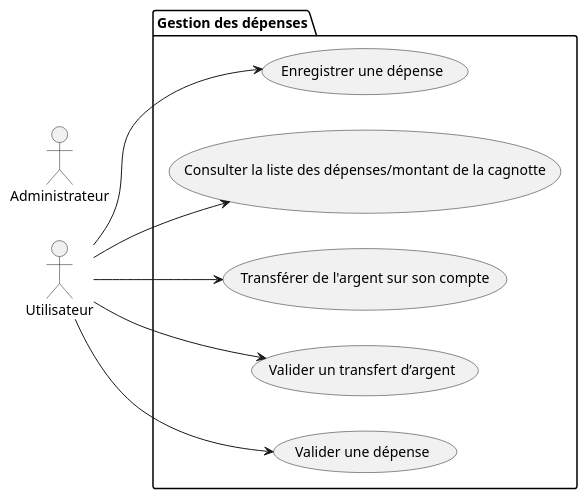
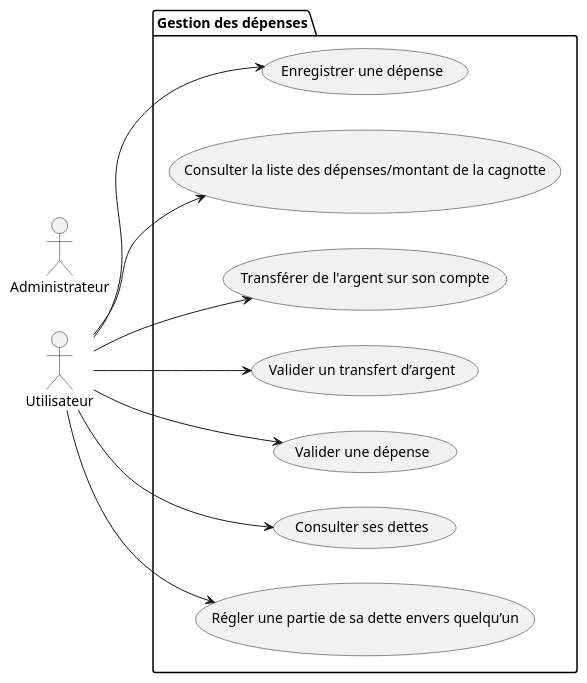
Before and after one commit to lmtb06/sharecount: the diagram in diagrammes/specification/cas-utilisation-package-gestiondesdepenses.puml, drawn with PlantUML. The commit also changed 5 other files, not shown here.

Commit message:
cas-utilisation-packages(4) - update; cas-utilisation - delete;

```diff
--- a/diagrammes/specification/cas-utilisation-package-gestiondesdepenses.puml
+++ b/diagrammes/specification/cas-utilisation-package-gestiondesdepenses.puml
@@ -1,22 +1,26 @@
-@startuml
+@startuml Cas utilisation - Gestion des dépenses
 left to right direction
 
 actor "Utilisateur" as User
 
 actor "Administrateur" as Admin
 
 package "Gestion des dépenses"{
         usecase "Enregistrer une dépense" as eud
         usecase "Consulter la liste des dépenses/montant de la cagnotte" as cllddmdlc
         usecase "Transférer de l'argent sur son compte" as tdassc
         usecase "Valider un transfert d’argent" as vuta
         usecase "Valider une dépense" as vud
+        usecase "Consulter ses dettes" as csd
+        usecase "Régler une partie de sa dette envers quelqu’un" as rpd
 }
 
 User --> eud
 User --> cllddmdlc
 User --> tdassc
 User --> vuta
 User --> vud
+User --> csd
+User --> rpd
 
 @enduml
```
